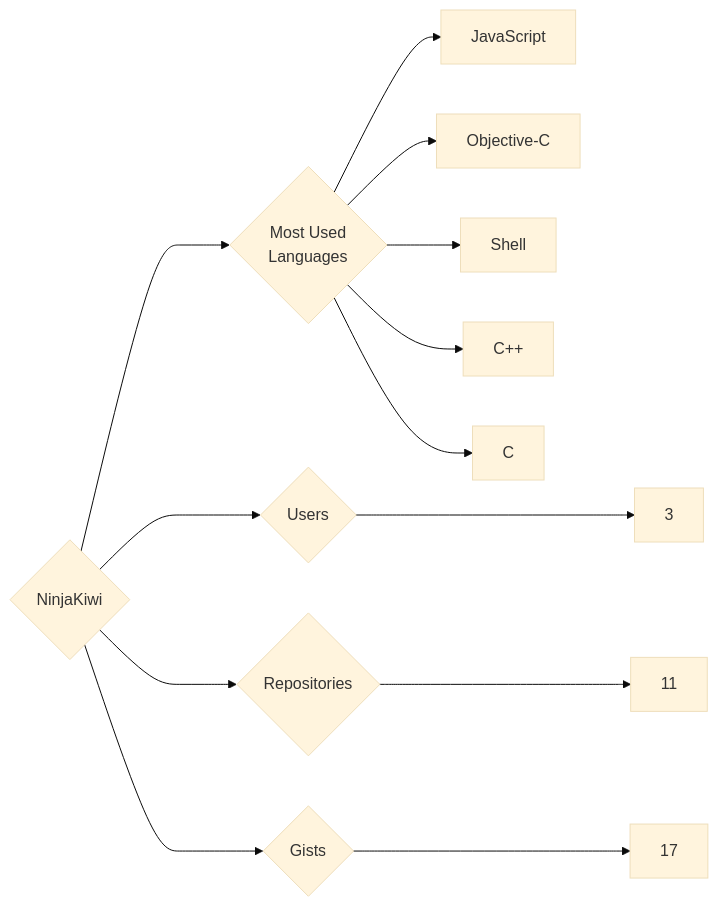
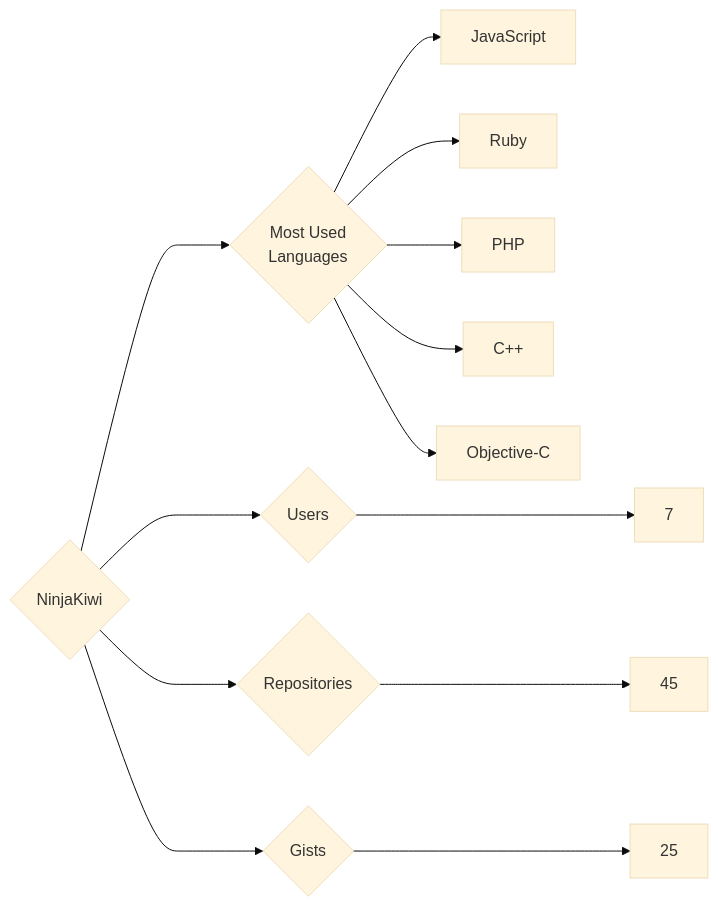
Before and after one commit to trickest/insiders: the diagram in targets/NinjaKiwi/README.md, drawn with Mermaid (base theme). The commit also changed 955 other files, not shown here.

````diff
--- a/targets/NinjaKiwi/README.md
+++ b/targets/NinjaKiwi/README.md
@@ -3,13 +3,13 @@
 ```mermaid
 graph LR
 COMPANY_NAME{NinjaKiwi}
-COMPANY_NAME ---> U{Users} ---> UN[3]
-COMPANY_NAME ---> R{Repositories} ---> RN[11]
-COMPANY_NAME ---> G{Gists} ---> GN[17]
+COMPANY_NAME ---> U{Users} ---> UN[7]
+COMPANY_NAME ---> R{Repositories} ---> RN[45]
+COMPANY_NAME ---> G{Gists} ---> GN[25]
 COMPANY_NAME ---> ML{Most Used<br>Languages}
 ML --> JavaScript[JavaScript]
+ML --> Ruby[Ruby]
+ML --> PHP[PHP]
+ML --> C++[C++]
 ML --> Objective-C[Objective-C]
-ML --> Shell[Shell]
-ML --> C++[C++]
-ML --> C[C]
 ```
````
